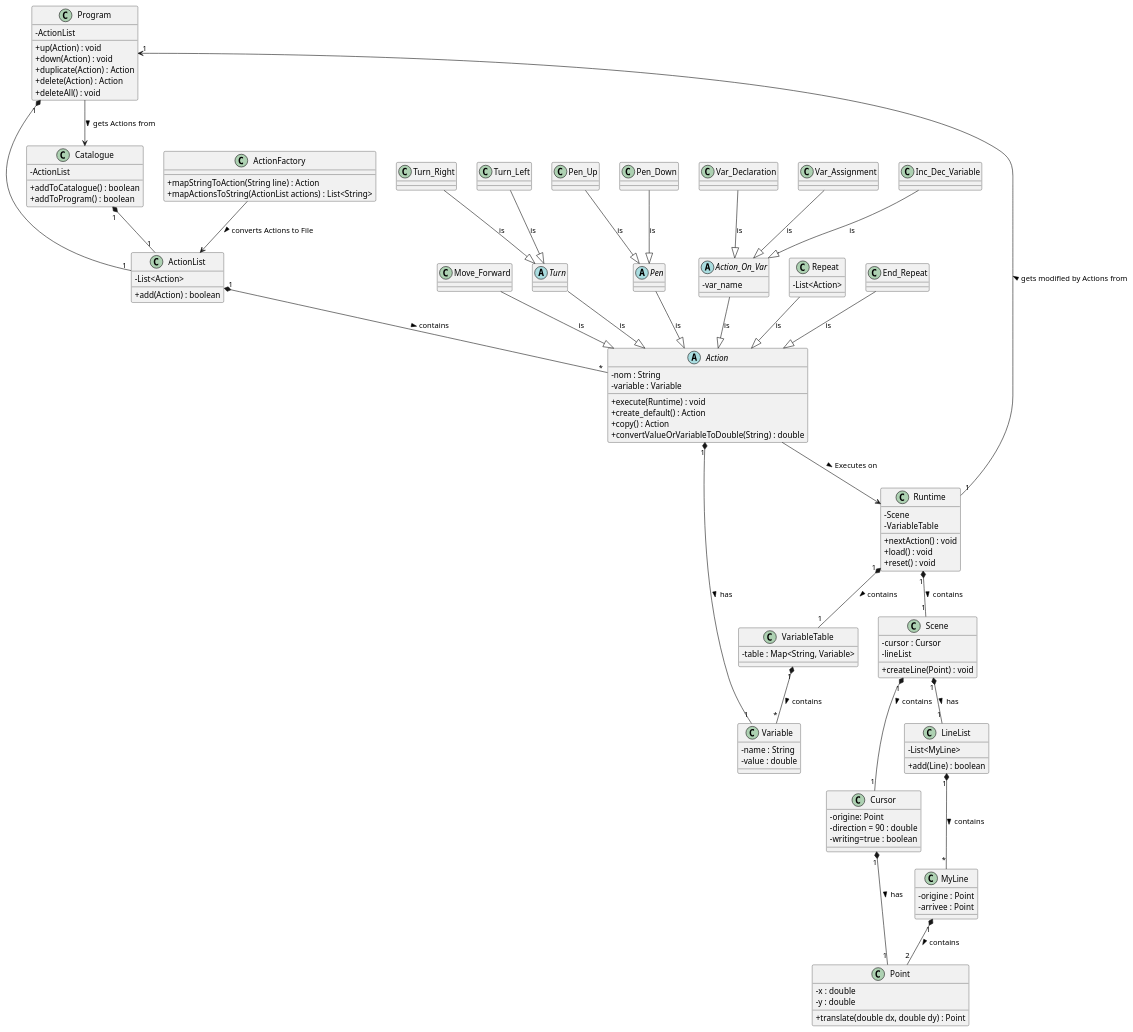
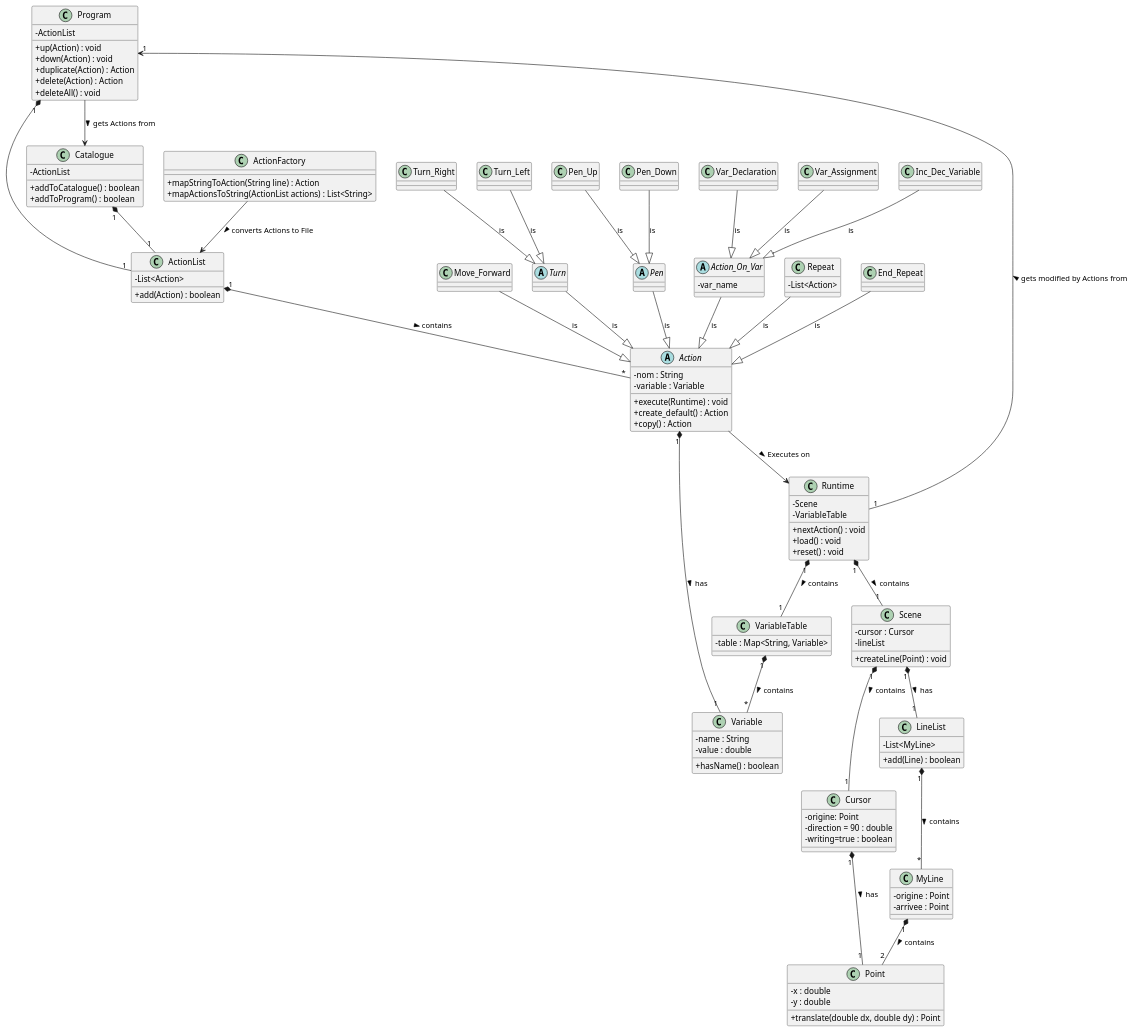
The diagram in diagramme_classes.puml (ajeridi/scratchlike-project), drawn with PlantUML before and after one commit.

Commit message:
feat(diagramme_classe) : update

```diff
--- a/diagramme_classes.puml
+++ b/diagramme_classes.puml
@@ -1,171 +1,171 @@
 @startuml
 
 skinparam Shadowing false               /' Désactive l'effet d'ombre sur les éléments '/
 skinparam classAttributeIconSize 0      /' Taille des icônes d'attribut de classe (ici 0 pour les cacher) '/
 skinparam defaultFontName Consolas      /' Utilisation de la police Consolas par défaut '/
 !pragma useIntermediatePackages false   /' Désactive l'utilisation de packages intermédiaires '/
 
 
 class Program {
      - ActionList
      + up(Action) : void
      + down(Action) : void
      + duplicate(Action) : Action
      + delete(Action) : Action
      + deleteAll() : void
 }
 
 class ActionList{
     - List<Action>
     + add(Action) : boolean
 }
 
 
 class Catalogue {
     - ActionList
     + addToCatalogue() : boolean
     + addToProgram() : boolean
 }
 
 class ActionFactory {
     + mapStringToAction(String line) : Action
     +  mapActionsToString(ActionList actions) : List<String>
 }
 
 abstract class Action {
     - nom : String
     - variable : Variable
     + execute(Runtime) : void
     + create_default() : Action
     + copy() : Action
-    + convertValueOrVariableToDouble(String) : double
 }
 
 class Variable {
     - name : String
     - value : double
+    + hasName() : boolean
 }
 
 class Move_Forward {
 }
 
 abstract class Turn {
 }
 
 class Turn_Right {
 }
 
 class Turn_Left {
 }
 
 abstract class Pen {
 
 }
 
 class Pen_Up {
 }
 
 class Pen_Down {
 }
 
 abstract class Action_On_Var {
     - var_name
 }
 class Var_Declaration {
     /'declare une variable'/
 }
 
 class Var_Assignment {
     /'Assigne une variable'/
 }
 
 class Inc_Dec_Variable {
     /'Incrémente ou décrémente la variable'/
 }
 
 class Repeat {
     - List<Action>
 }
 
 class End_Repeat{
 }
 
 class VariableTable {
     - table : Map<String, Variable>
 }
 
 class Runtime {
     - Scene
     - VariableTable
     + nextAction() : void
     + load() : void
     + reset() : void
 }
 
 class Scene {
     - cursor : Cursor
     - lineList
     + createLine(Point) : void
 }
 
 class Cursor {
     - origine: Point
     - direction = 90 : double
     - writing=true : boolean
 }
 
 class LineList {
     - List<MyLine>
     + add(Line) : boolean
 }
 
 class MyLine {
     - origine : Point
     - arrivee : Point
 }
 
 class Point {
     - x : double
     - y : double
     + translate(double dx, double dy) : Point
 }
 
 
 Move_Forward --|> Action : is
 Turn --|> Action : is
 Turn_Right --|> Turn : is
 Turn_Left --|> Turn : is
 Pen --|> Action : is
 Pen_Up --|> Pen : is
 Pen_Down --|> Pen : is
 Action_On_Var --|> Action : is
 Var_Declaration --|> Action_On_Var : is
 Var_Assignment --|> Action_On_Var : is
 Inc_Dec_Variable --|> Action_On_Var : is
 Repeat --|> Action : is
 End_Repeat --|> Action : is
 
 ActionFactory --> ActionList : > converts Actions to File
 Action --> Runtime : > Executes on
 Program "1"*--"1" ActionList
 ActionList "1"*--"*" Action : > contains
 Catalogue "1"*--"1" ActionList
 Action "1"*--"1" Variable : > has
 
 VariableTable "1"*--"*" Variable : > contains
 
 Runtime "1"*--"1" Scene : > contains
 Runtime "1"*--"1" VariableTable : > contains
 
 Scene "1"*--"1" Cursor : > contains
 Scene "1"*--"1" LineList : > has
 LineList "1"*--"*" MyLine : > contains
 Cursor "1"*--"1" Point : > has
 MyLine "1"*--"2" Point : > contains
 
 Runtime "1"-->"1" Program : > gets modified by Actions from
 
 Program --> Catalogue : >  gets Actions from
 
 
 @enduml
```
